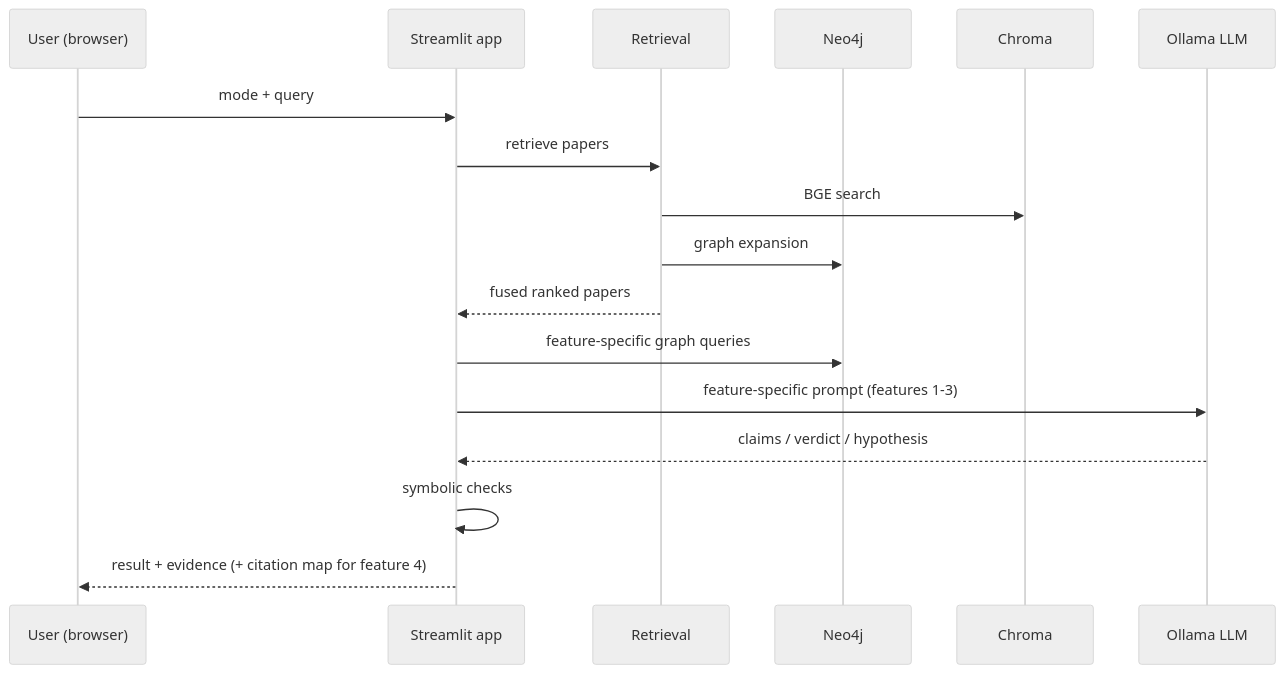
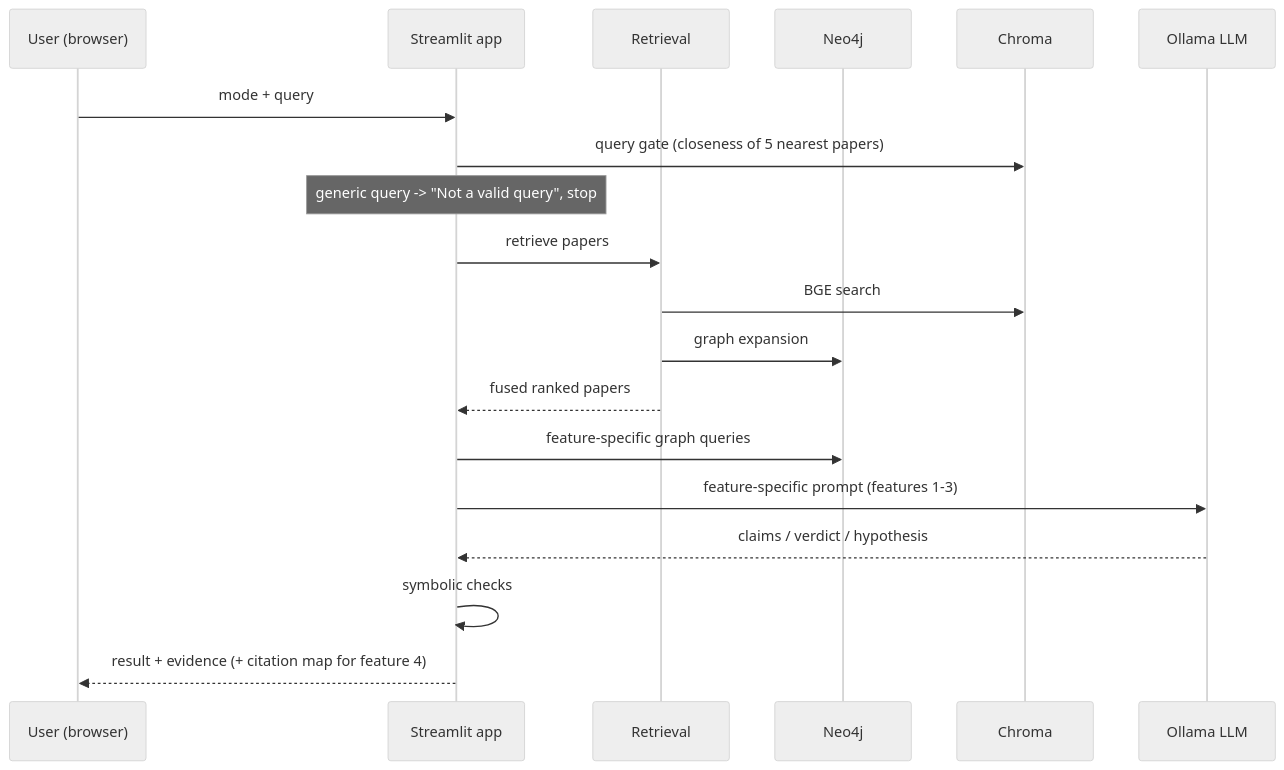
Before and after one commit to cvishnu007/nesy-graphrag: the second of 2 diagrams in docs/features/00_SYSTEM_OVERVIEW.md, drawn with Mermaid (neutral theme). The commit also changed other lines of this file and 20 other files, not shown here.

First line of the commit message:
Add a query gate that rejects generic, non-research queries

````diff
--- a/docs/features/00_SYSTEM_OVERVIEW.md
+++ b/docs/features/00_SYSTEM_OVERVIEW.md
@@ -194,19 +210,21 @@
 ```mermaid
 sequenceDiagram
     participant U as User (browser)
     participant A as Streamlit app
     participant R as Retrieval
     participant N as Neo4j
     participant C as Chroma
     participant L as Ollama LLM
     U->>A: mode + query
+    A->>C: query gate (closeness of 5 nearest papers)
+    Note over A: generic query -> "Not a valid query", stop
     A->>R: retrieve papers
     R->>C: BGE search
     R->>N: graph expansion
     R-->>A: fused ranked papers
     A->>N: feature-specific graph queries
     A->>L: feature-specific prompt (features 1-3)
     L-->>A: claims / verdict / hypothesis
     A->>A: symbolic checks
     A-->>U: result + evidence (+ citation map for feature 4)
 ```
````
